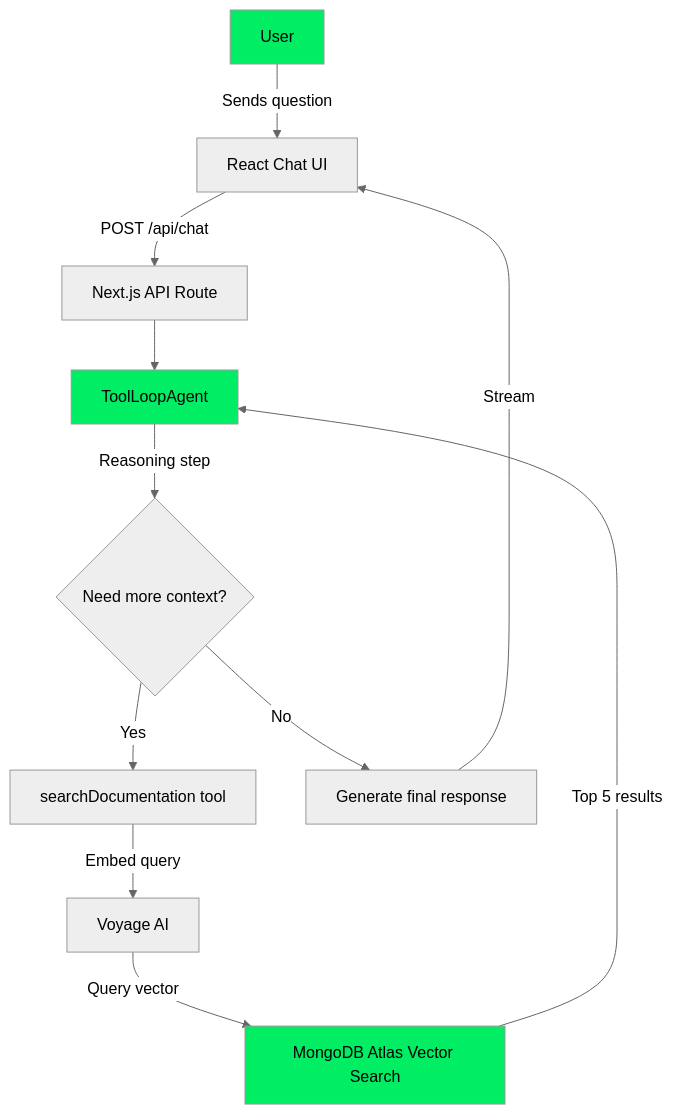
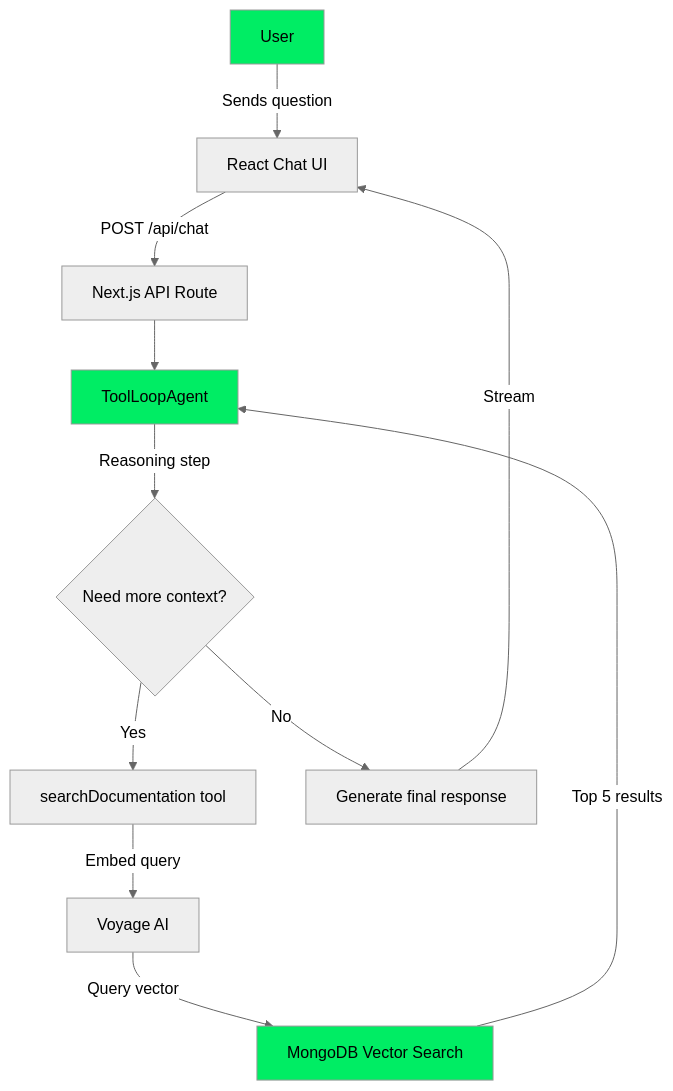
Before and after one commit to mongodb-developer/GenAI-Showcase: the diagram in apps/minimal-ts-agent/README.md, drawn with Mermaid (neutral theme). The commit also changed other lines of this file, not shown here.

````diff
--- a/apps/minimal-ts-agent/README.md
+++ b/apps/minimal-ts-agent/README.md
@@ -18,17 +18,17 @@
 ```mermaid
 flowchart TD
     A[User] -->|Sends question| B[React Chat UI]
     B -->|POST /api/chat| C[Next.js API Route]
     C --> D[ToolLoopAgent]
     D -->|Reasoning step| E{Need more context?}
     E -->|Yes| F[searchDocumentation tool]
     F -->|Embed query| G[Voyage AI]
-    G -->|Query vector| H[MongoDB Atlas Vector Search]
+    G -->|Query vector| H[MongoDB Vector Search]
     H -->|Top 5 results| D
     E -->|No| I[Generate final response]
     I -->|Stream| B
 
     style A fill:#00ed64,color:#000
     style D fill:#00ed64,color:#000
     style H fill:#00ed64,color:#000
 ```
````
